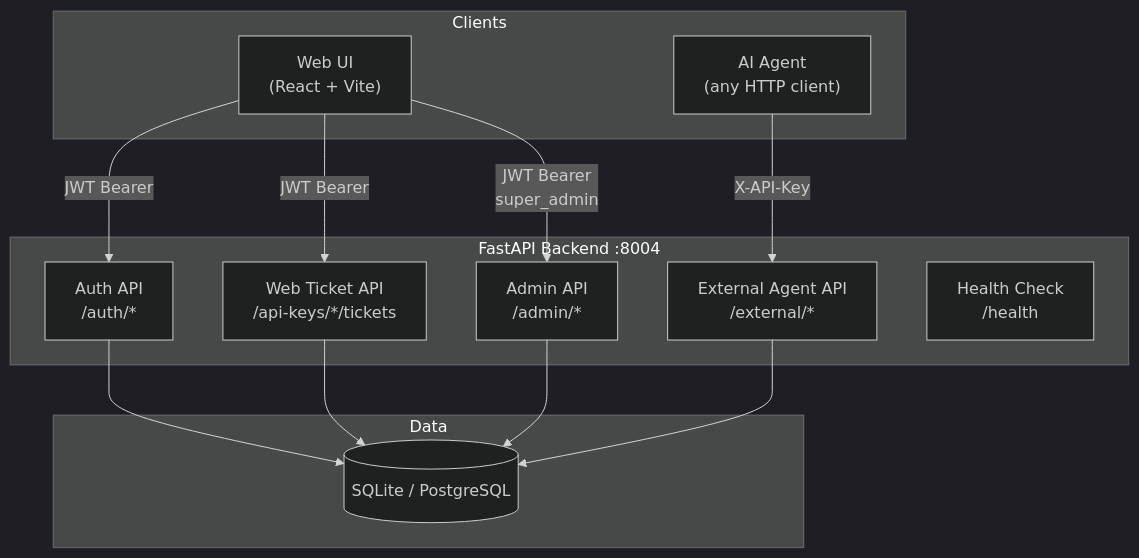
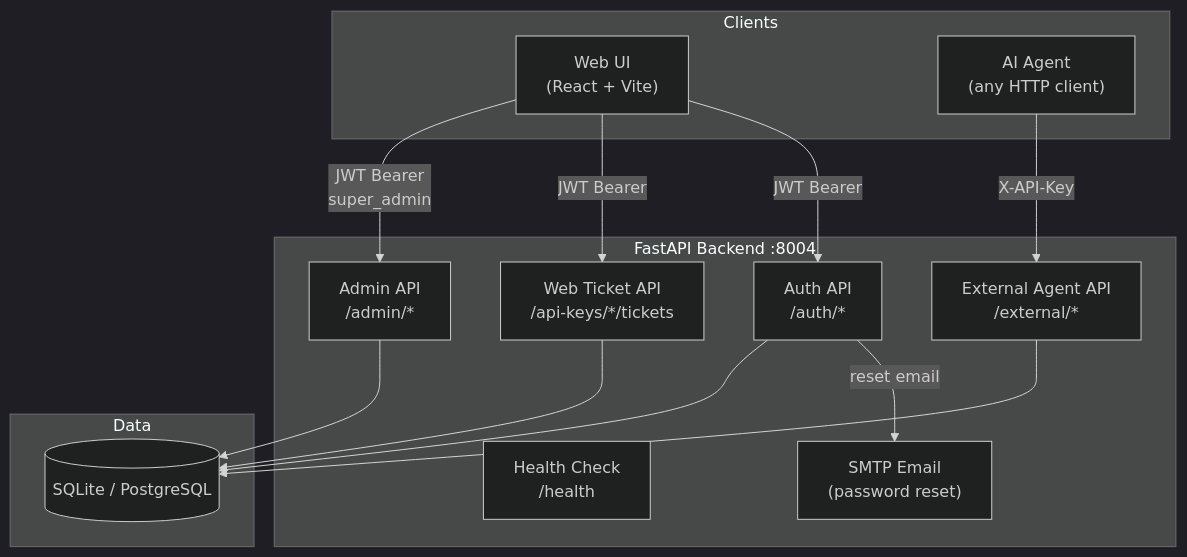
One commit to osisdie/vibe-kanban changed the first of 2 diagrams in README.md. Above: the diagram before and after it, drawn with Mermaid (dark theme). The commit also changed other lines of this file and 33 other files, not shown here.

Commit message:
feat: admin actions, user profile, password reset, dark mode, avatar dropdown

````diff
--- a/README.md
+++ b/README.md
@@ -56,28 +84,30 @@
 ```mermaid
 graph TB
     subgraph Clients
         WebUI["Web UI<br/>(React + Vite)"]
         Agent["AI Agent<br/>(any HTTP client)"]
     end
 
     subgraph Backend["FastAPI Backend :8004"]
         Auth["Auth API<br/>/auth/*"]
         WebAPI["Web Ticket API<br/>/api-keys/*/tickets"]
         ExtAPI["External Agent API<br/>/external/*"]
         AdminAPI["Admin API<br/>/admin/*"]
         Health["Health Check<br/>/health"]
+        SMTP["SMTP Email<br/>(password reset)"]
     end
 
     subgraph Data
         DB[(SQLite / PostgreSQL)]
     end
 
     WebUI -->|JWT Bearer| Auth
     WebUI -->|JWT Bearer| WebAPI
     WebUI -->|JWT Bearer<br/>super_admin| AdminAPI
     Agent -->|X-API-Key| ExtAPI
+    Auth -->|reset email| SMTP
     AdminAPI --> DB
     WebAPI --> DB
     ExtAPI --> DB
     Auth --> DB
 ```
````
